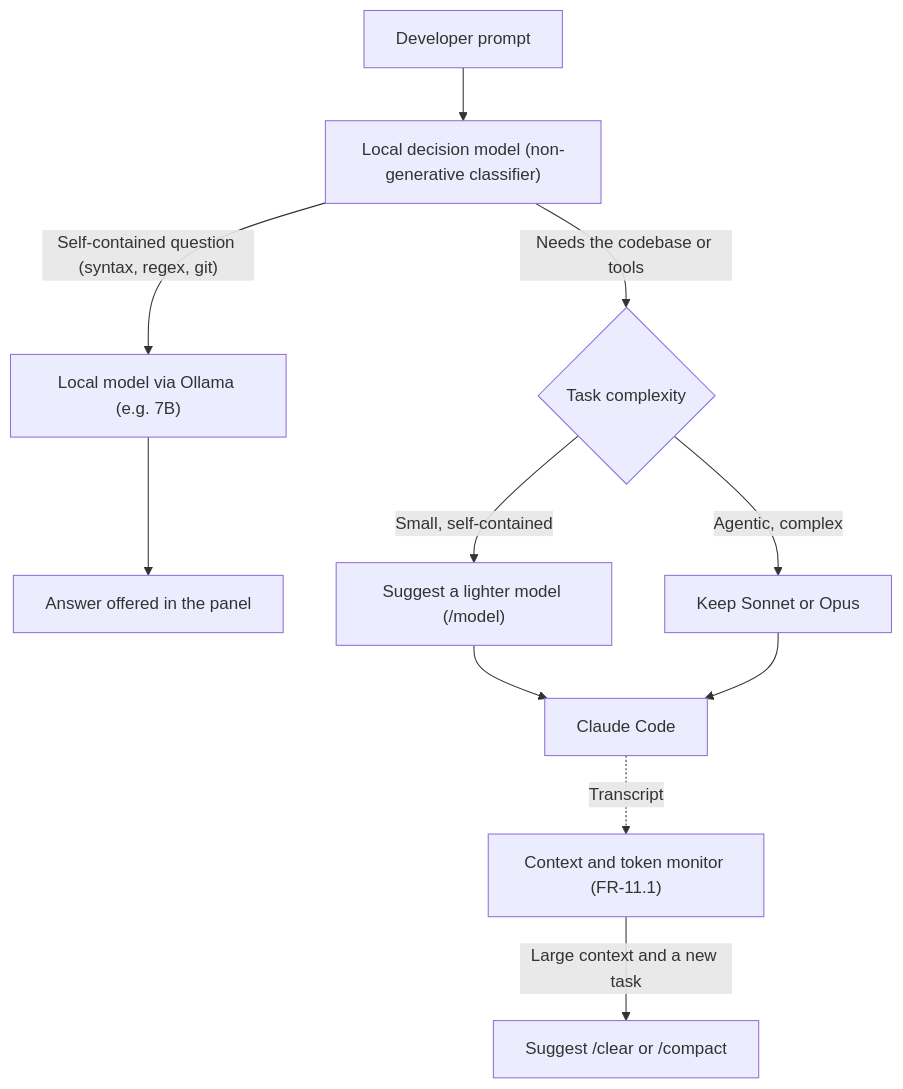
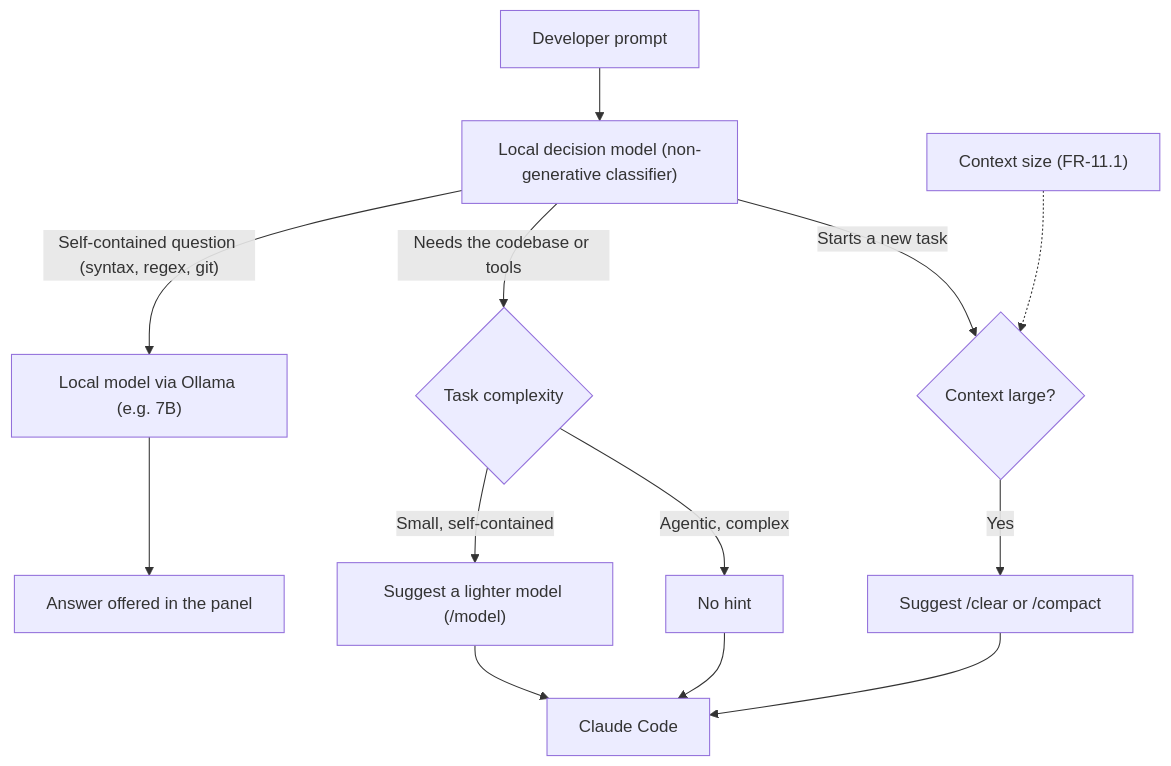
The diagram in docs/PRD-APPENDIX-5.md (pmvieira93/prompt-engine-cli), drawn with Mermaid before and after one commit. The commit also changed other lines of this file and 1 other file, not shown here.

````diff
--- a/docs/PRD-APPENDIX-5.md
+++ b/docs/PRD-APPENDIX-5.md
@@ -44,17 +41,19 @@
 ```mermaid
 flowchart TD
     User["Developer prompt"] --> Router["Local decision model (non-generative classifier)"]
 
     Router -->|"Self-contained question (syntax, regex, git)"| LocalAns["Local model via Ollama (e.g. 7B)"]
     LocalAns --> PanelZero["Answer offered in the panel"]
 
     Router -->|"Needs the codebase or tools"| Complexity{"Task complexity"}
     Complexity -->|"Small, self-contained"| HaikuPrompt["Suggest a lighter model (/model)"]
-    Complexity -->|"Agentic, complex"| SonnetPrompt["Keep Sonnet or Opus"]
+    Complexity -->|"Agentic, complex"| NoHint["No hint"]
+
+    Router -->|"Starts a new task"| NewTask{"Context large?"}
+    Tracker["Context size (FR-11.1)"] -.-> NewTask
+    NewTask -->|"Yes"| ClearPrompt["Suggest /clear or /compact"]
 
     HaikuPrompt --> Claude["Claude Code"]
-    SonnetPrompt --> Claude
-
-    Claude -.->|"Transcript"| Tracker["Context and token monitor (FR-11.1)"]
-    Tracker -->|"Large context and a new task"| ClearPrompt["Suggest /clear or /compact"]
+    NoHint --> Claude
+    ClearPrompt --> Claude
 ```
````
